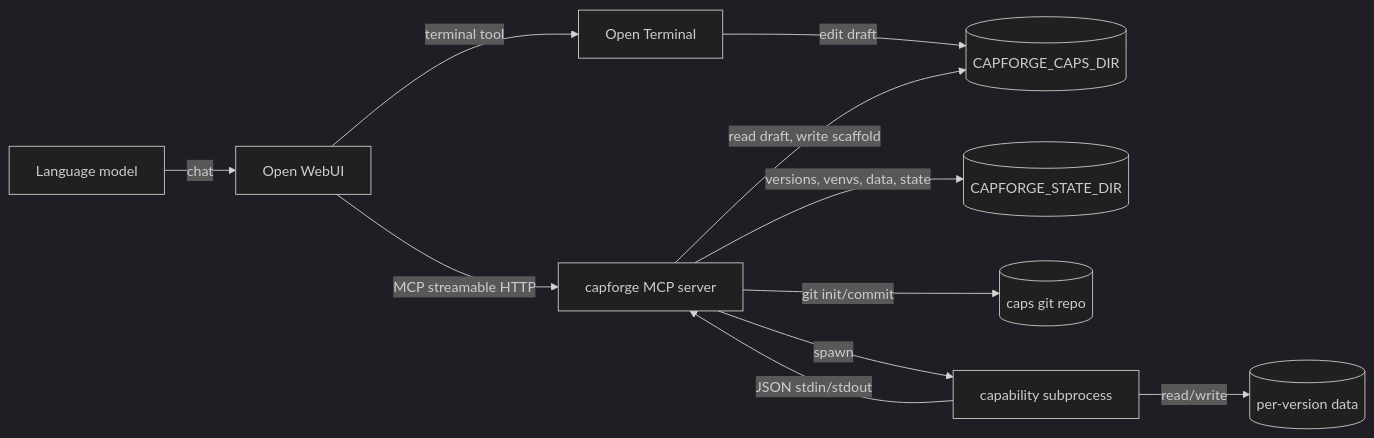
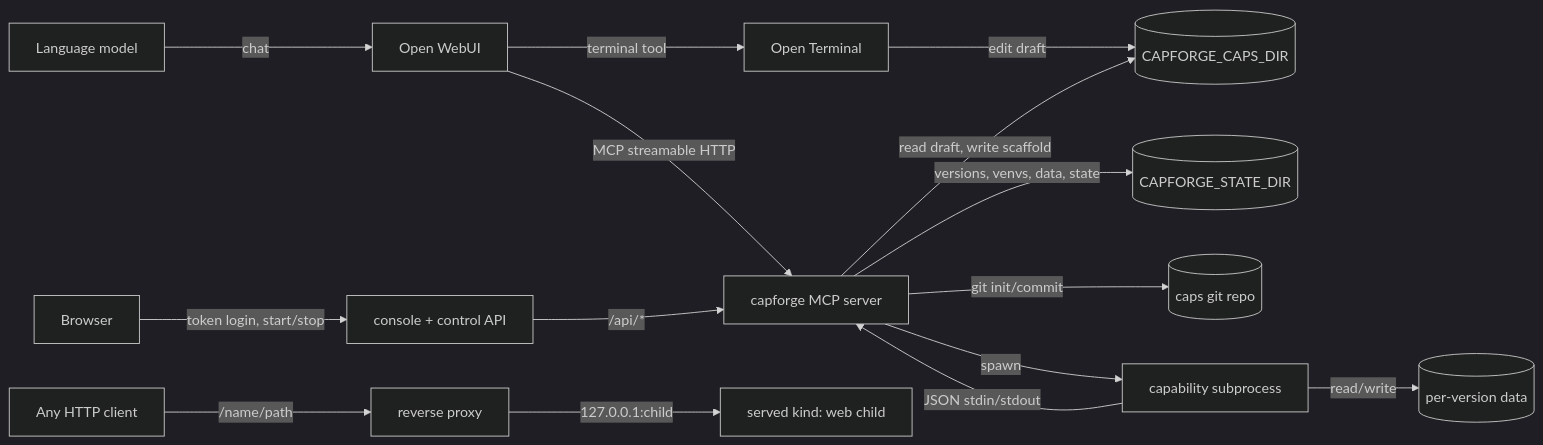
The first of 3 diagrams in docs/ARCHITECTURE.md (alessio-zamparelli/capforge), drawn with Mermaid (dark theme) before and after one commit. The commit also changed other lines of this file and 35 other files, not shown here.

First line of the commit message:
feat: serve kind: web capabilities and add a token-gated console (0.3.0)

````diff
--- a/docs/ARCHITECTURE.md
+++ b/docs/ARCHITECTURE.md
@@ -52,13 +57,17 @@
 ```mermaid
 flowchart LR
     Model[Language model] -->|chat| WebUI[Open WebUI]
     WebUI -->|MCP streamable HTTP| CF[capforge MCP server]
     WebUI -->|terminal tool| Term[Open Terminal]
     Term -->|edit draft| Caps[(CAPFORGE_CAPS_DIR)]
     CF -->|read draft, write scaffold| Caps
     CF -->|versions, venvs, data, state| State[(CAPFORGE_STATE_DIR)]
     CF -->|git init/commit| Audit[(caps git repo)]
     CF -->|spawn| Proc[capability subprocess]
     Proc -->|JSON stdin/stdout| CF
     Proc -->|read/write| Data[(per-version data)]
+    User[Browser] -->|token login, start/stop| Con[console + control API]
+    Caller[Any HTTP client] -->|/name/path| Proxy[reverse proxy]
+    Con -->|/api/*| CF
+    Proxy -->|127.0.0.1:child| WebCap[served kind: web child]
 ```
````
